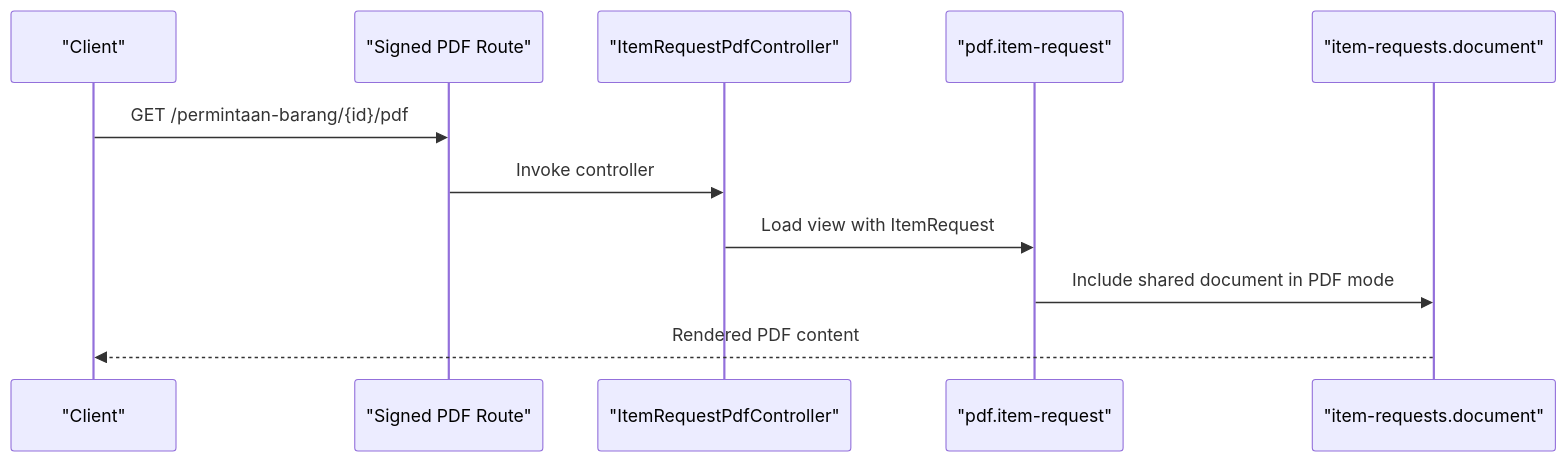
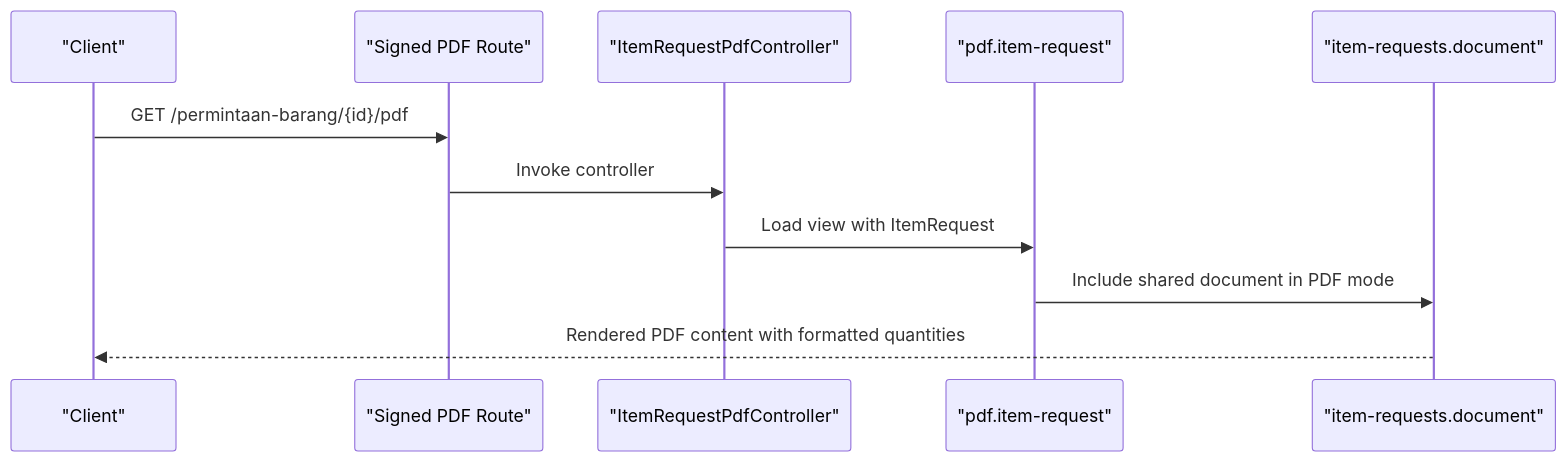
The fifth of 6 diagrams in .qoder/repowiki/en/content/Core Modules/Document Generation.md (Dikksap/laravel_RsvHelmet), drawn with Mermaid before and after one commit. The commit also changed other lines of this file and 102 other files, not shown here.

````diff
--- a/.qoder/repowiki/en/content/Core Modules/Document Generation.md
+++ b/.qoder/repowiki/en/content/Core Modules/Document Generation.md
@@ -309,13 +331,13 @@
 ```mermaid
 sequenceDiagram
 participant Client as "Client"
 participant Route as "Signed PDF Route"
 participant Controller as "ItemRequestPdfController"
 participant View as "pdf.item-request"
 participant Shared as "item-requests.document"
 Client->>Route : GET /permintaan-barang/{id}/pdf
 Route->>Controller : Invoke controller
 Controller->>View : Load view with ItemRequest
 View->>Shared : Include shared document in PDF mode
-Shared-->>Client : Rendered PDF content
+Shared-->>Client : Rendered PDF content with formatted quantities
 ```
````
